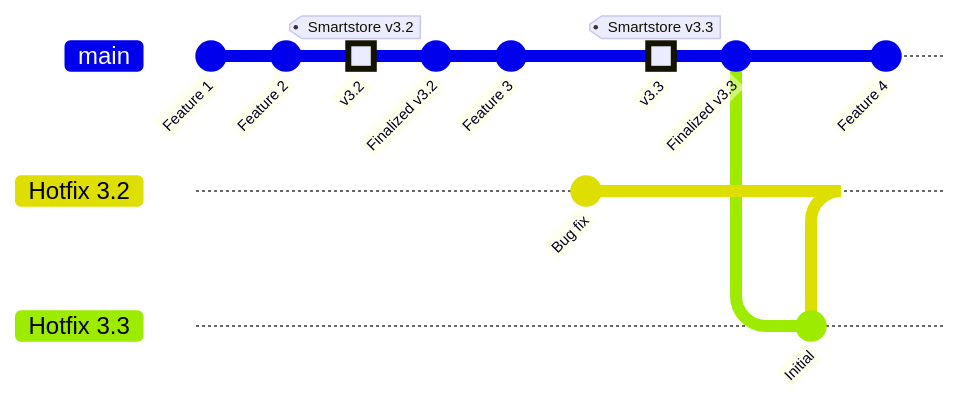
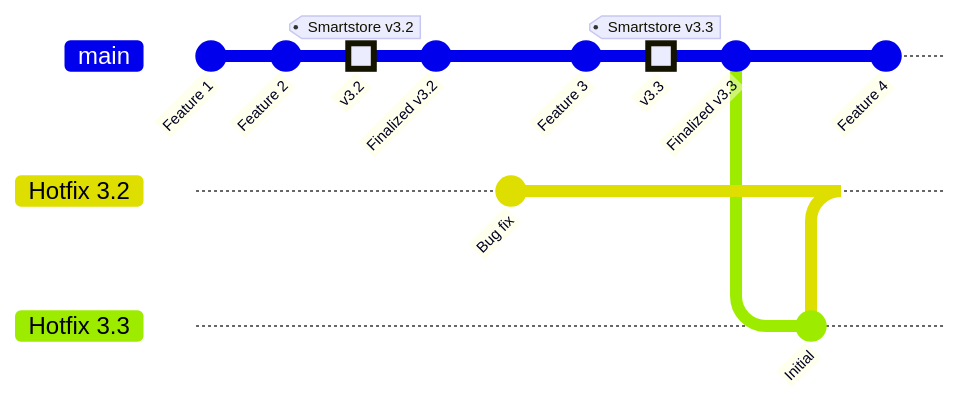
The diagram in .github/Mermaid_test.md (markwoerdenweber/Smartstore_YAML_Test), drawn with Mermaid before and after one commit.

````diff
--- a/.github/Mermaid_test.md
+++ b/.github/Mermaid_test.md
@@ -1,20 +1,19 @@
 ```mermaid
 gitGraph
   commit id: "Feature 1"
   commit id: "Feature 2"
   commit id: "v3.2" tag: "Smartstore v3.2" type:HIGHLIGHT
   commit id: "Finalized v3.2"
   branch "Hotfix 3.2"
   commit id: "Initial"
+  commit id: "Bug fix"
   checkout main
   commit id: "Feature 3"
-  checkout "Hotfix 3.2"
-  commit id: "Bug fix"
   checkout main
   commit id: "v3.3" tag: "Smartstore v3.3" type:HIGHLIGHT
   commit id: "Finalized v3.3"
   branch "Hotfix 3.3"
   commit id: "Initial"
   checkout main
   commit id: "Feature 4"
 ```
````
